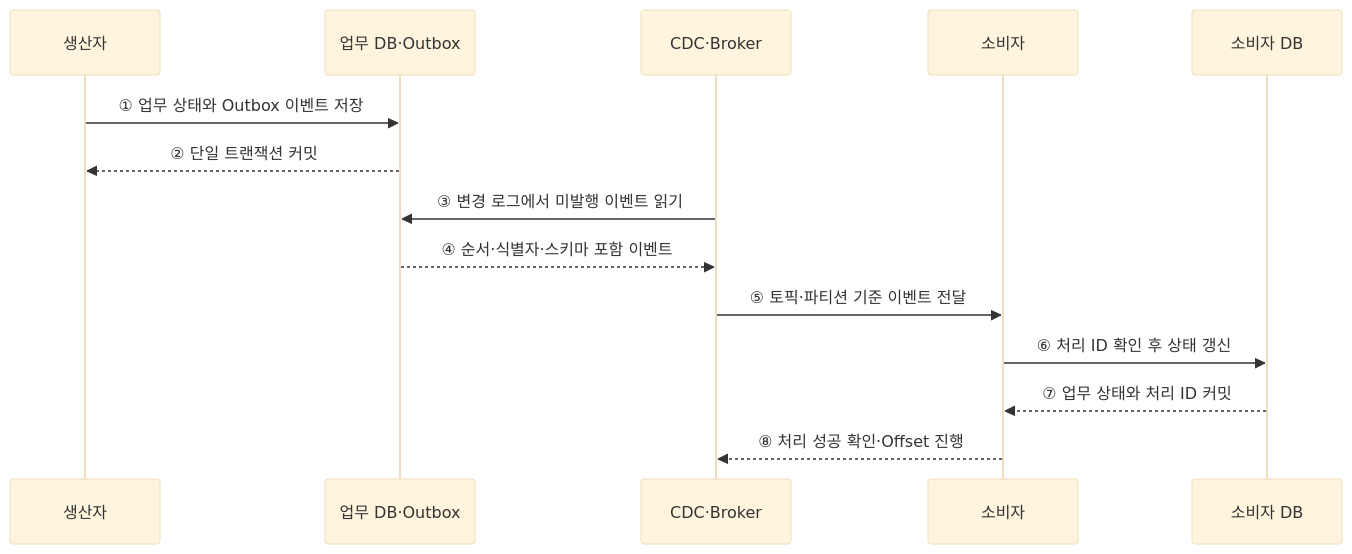
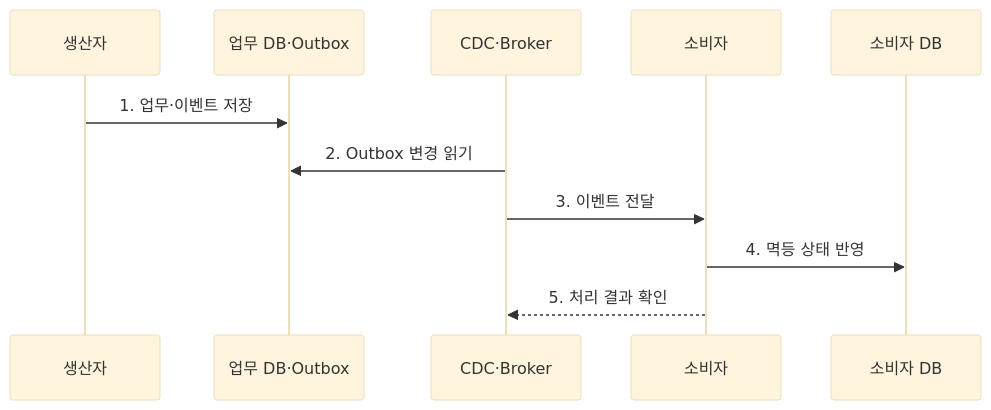
The second of 2 diagrams in src/content/docs/notes/03-software/175_event_driven_architecture.md (agnusdei1207/knowledge-base), drawn with Mermaid (base theme) before and after one commit. The commit also changed other lines of this file and 20 other files, not shown here.

````diff
--- a/src/content/docs/notes/03-software/175_event_driven_architecture.md
+++ b/src/content/docs/notes/03-software/175_event_driven_architecture.md
@@ -74,16 +84,13 @@
 ```mermaid
 sequenceDiagram
     participant P as 생산자
-    participant S as 업무 DB·Outbox
+    participant O as 업무 DB·Outbox
     participant B as CDC·Broker
     participant C as 소비자
     participant D as 소비자 DB
-    P->>S: ① 업무 상태와 Outbox 이벤트 저장
-    S-->>P: ② 단일 트랜잭션 커밋
-    B->>S: ③ 변경 로그에서 미발행 이벤트 읽기
-    S-->>B: ④ 순서·식별자·스키마 포함 이벤트
-    B->>C: ⑤ 토픽·파티션 기준 이벤트 전달
-    C->>D: ⑥ 처리 ID 확인 후 상태 갱신
-    D-->>C: ⑦ 업무 상태와 처리 ID 커밋
-    C-->>B: ⑧ 처리 성공 확인·Offset 진행
+    P->>O: 1. 업무·이벤트 저장
+    B->>O: 2. Outbox 변경 읽기
+    B->>C: 3. 이벤트 전달
+    C->>D: 4. 멱등 상태 반영
+    C-->>B: 5. 처리 결과 확인
 ```
````
